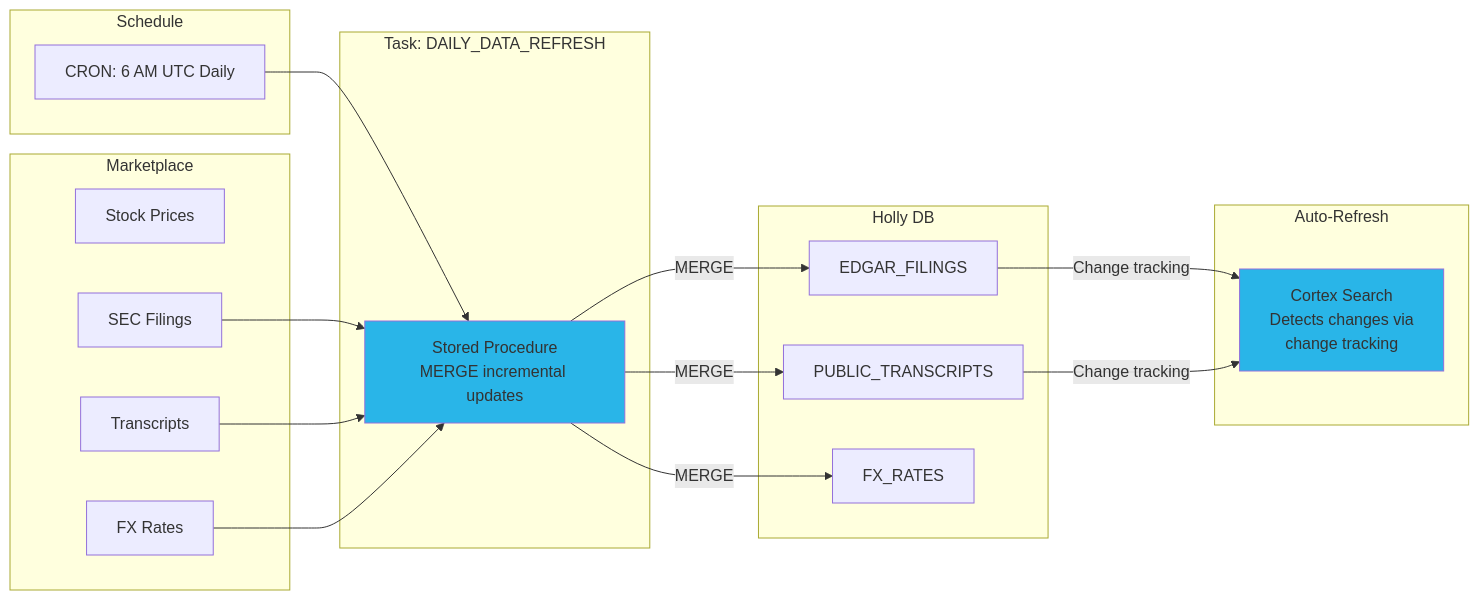
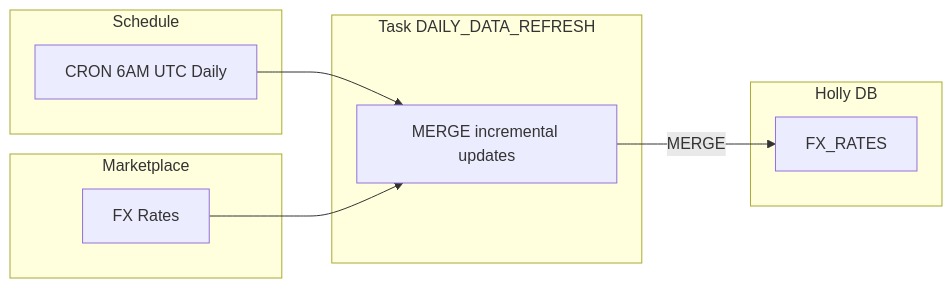
The diagram in step_8_daily_refresh/step8_readme.md (sfc-gh-cmoynihan/holly-labs), drawn with Mermaid before and after one commit. The commit also changed other lines of this file and 13 other files, not shown here.

First line of the commit message:
Remove Cortex Search: 9 steps to 8, 7 tools to 5

````diff
--- a/step_8_daily_refresh/step8_readme.md
+++ b/step_8_daily_refresh/step8_readme.md
@@ -9,40 +9,22 @@
 ```mermaid
 graph LR
-    subgraph "Schedule"
-        CRON[CRON: 6 AM UTC Daily]
+    subgraph Schedule
+        CRON[CRON 6AM UTC Daily]
     end
 
-    subgraph "Task: DAILY_DATA_REFRESH"
-        SP[Stored Procedure<br/>MERGE incremental updates]
+    subgraph TaskRefresh [Task DAILY_DATA_REFRESH]
+        SP[MERGE incremental updates]
     end
 
-    subgraph "Marketplace"
-        M1[Stock Prices]
-        M2[SEC Filings]
-        M3[Transcripts]
+    subgraph Marketplace
         M4[FX Rates]
     end
 
-    subgraph "Holly DB"
-        T1[EDGAR_FILINGS]
-        T2[PUBLIC_TRANSCRIPTS]
+    subgraph HollyDB [Holly DB]
         T3[FX_RATES]
     end
 
-    subgraph "Auto-Refresh"
-        CS[Cortex Search<br/>Detects changes via<br/>change tracking]
-    end
-
     CRON --> SP
-    SP -->|MERGE| T1
-    SP -->|MERGE| T2
     SP -->|MERGE| T3
-    M2 --> SP
-    M3 --> SP
     M4 --> SP
-    T1 -->|Change tracking| CS
-    T2 -->|Change tracking| CS
-
-    style SP fill:#29B5E8
-    style CS fill:#29B5E8
 ```
````
